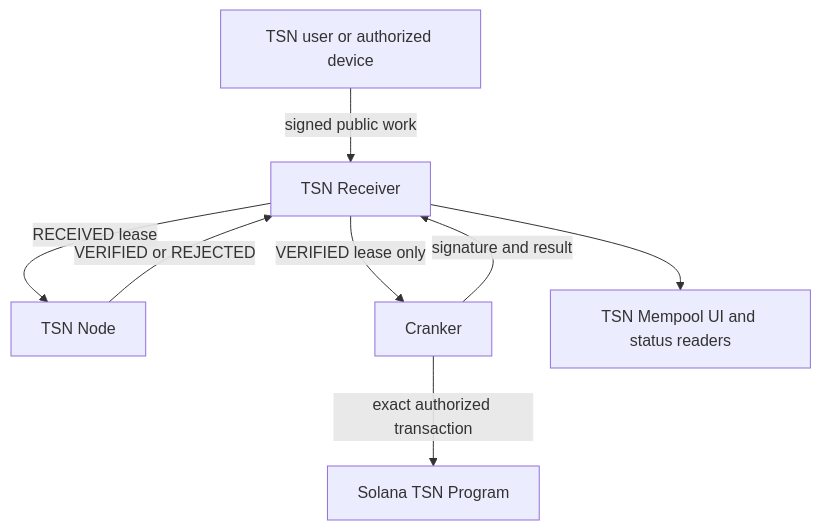
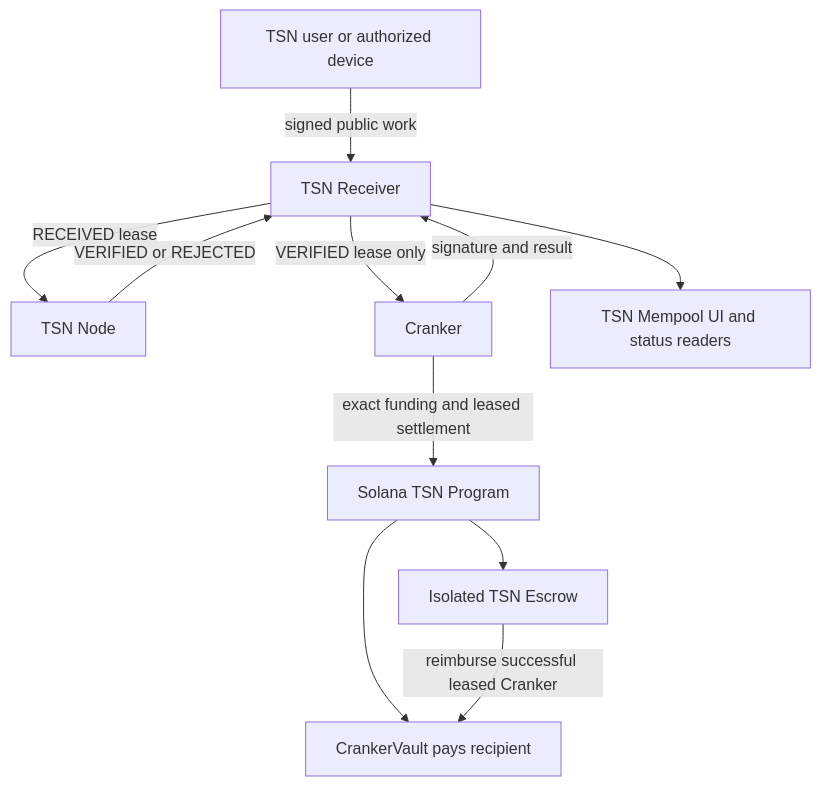
One commit to bigdreamsweb3/trustlink-pay changed the first of 5 diagrams in docs/tsn-receiver-node-architecture.md. Above: the diagram before and after it, drawn with Mermaid. The commit also changed other lines of this file and 11 other files, not shown here.

````diff
--- a/docs/tsn-receiver-node-architecture.md
+++ b/docs/tsn-receiver-node-architecture.md
@@ -7,10 +7,13 @@
 ```mermaid
 flowchart TD
     U["TSN user or authorized device"] -->|"signed public work"| R["TSN Receiver"]
     R -->|"RECEIVED lease"| N["TSN Node"]
     N -->|"VERIFIED or REJECTED"| R
     R -->|"VERIFIED lease only"| C["Cranker"]
-    C -->|"exact authorized transaction"| S["Solana TSN Program"]
+    C -->|"exact funding and leased settlement"| S["Solana TSN Program"]
+    S --> E["Isolated TSN Escrow"]
+    S --> V["CrankerVault pays recipient"]
+    E -->|"reimburse successful leased Cranker"| V
     C -->|"signature and result"| R
-    R --> V["TSN Mempool UI and status readers"]
+    R --> UI["TSN Mempool UI and status readers"]
 ```
````
